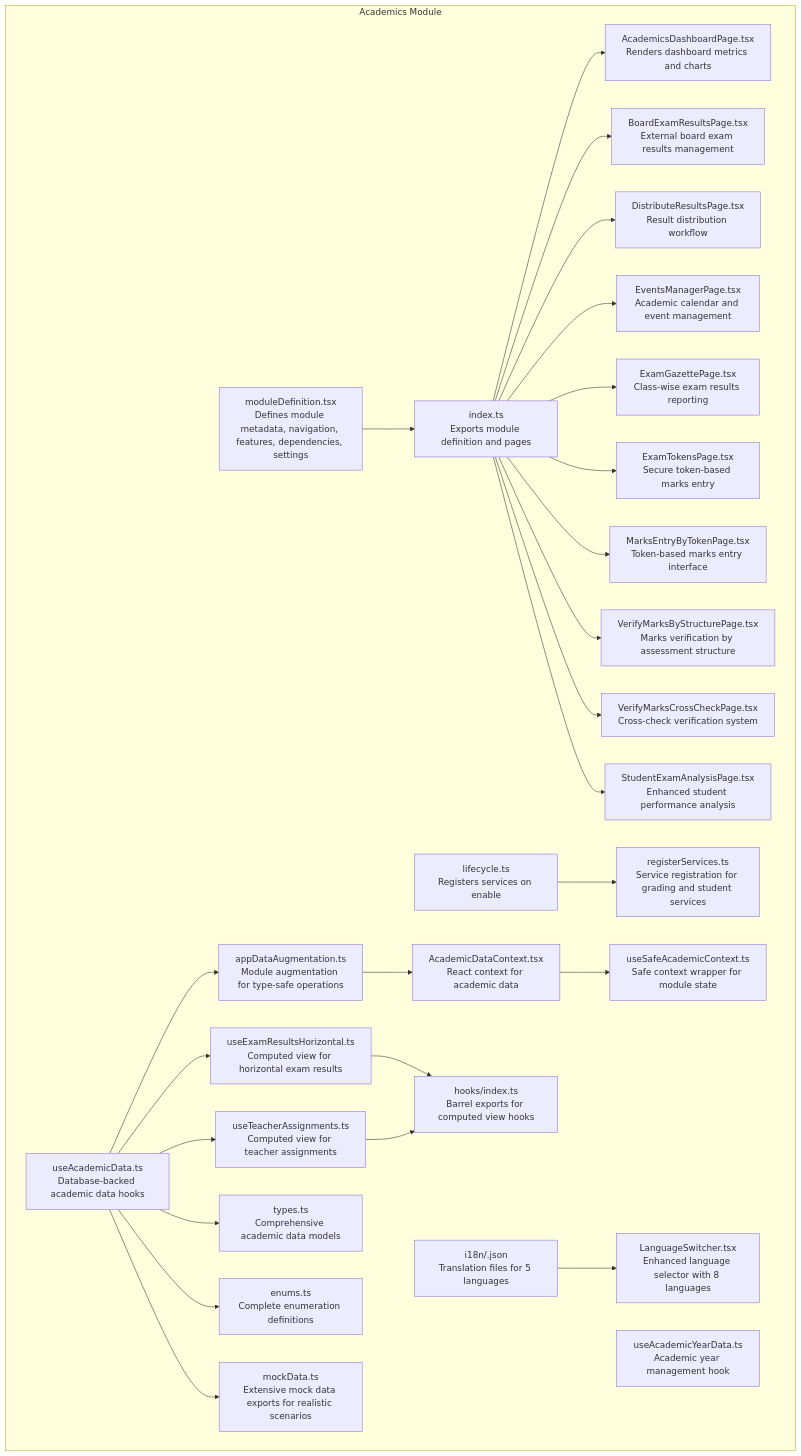
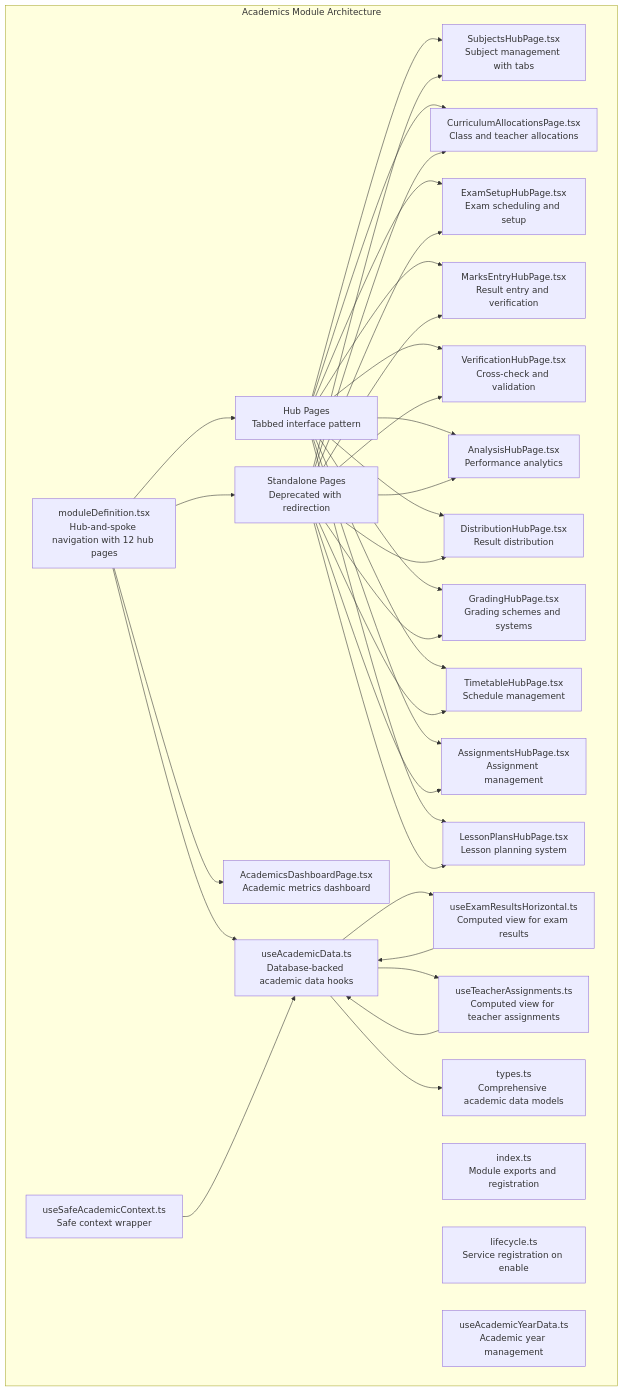
Before and after one commit to geniusdynamics/schoolpilot: the first of 9 diagrams in .qoder/repowiki/en/content/Modules System/Academics Module.md, drawn with Mermaid. The commit also changed other lines of this file and 311 other files, not shown here.

Commit message:
fix: resolve 8 navigation & hub alignment issues per spec

````diff
--- a/.qoder/repowiki/en/content/Modules System/Academics Module.md
+++ b/.qoder/repowiki/en/content/Modules System/Academics Module.md
@@ -94,55 +61,60 @@
 ```mermaid
 graph TB
-subgraph "Academics Module"
-MD["moduleDefinition.tsx<br/>Defines module metadata, navigation, features, dependencies, settings"]
-IDX["index.ts<br/>Exports module definition and pages"]
-LC["lifecycle.ts<br/>Registers services on enable"]
-DP["AcademicsDashboardPage.tsx<br/>Renders dashboard metrics and charts"]
-BEP["BoardExamResultsPage.tsx<br/>External board exam results management"]
-DRP["DistributeResultsPage.tsx<br/>Result distribution workflow"]
-EMP["EventsManagerPage.tsx<br/>Academic calendar and event management"]
-EGP["ExamGazettePage.tsx<br/>Class-wise exam results reporting"]
-ETP["ExamTokensPage.tsx<br/>Secure token-based marks entry"]
-MEBP["MarksEntryByTokenPage.tsx<br/>Token-based marks entry interface"]
-VMBS["VerifyMarksByStructurePage.tsx<br/>Marks verification by assessment structure"]
-VMCC["VerifyMarksCrossCheckPage.tsx<br/>Cross-check verification system"]
-SEA["StudentExamAnalysisPage.tsx<br/>Enhanced student performance analysis"]
+subgraph "Academics Module Architecture"
+MD["moduleDefinition.tsx<br/>Hub-and-spoke navigation with 12 hub pages"]
+IDX["index.ts<br/>Module exports and registration"]
+LC["lifecycle.ts<br/>Service registration on enable"]
+DP["AcademicsDashboardPage.tsx<br/>Academic metrics dashboard"]
+HP["Hub Pages<br/>Tabbed interface pattern"]
+SUB["SubjectsHubPage.tsx<br/>Subject management with tabs"]
+CUR["CurriculumAllocationsPage.tsx<br/>Class and teacher allocations"]
+EXS["ExamSetupHubPage.tsx<br/>Exam scheduling and setup"]
+MAR["MarksEntryHubPage.tsx<br/>Result entry and verification"]
+VER["VerificationHubPage.tsx<br/>Cross-check and validation"]
+ANA["AnalysisHubPage.tsx<br/>Performance analytics"]
+DIS["DistributionHubPage.tsx<br/>Result distribution"]
+GRA["GradingHubPage.tsx<br/>Grading schemes and systems"]
+TIM["TimetableHubPage.tsx<br/>Schedule management"]
+ASS["AssignmentsHubPage.tsx<br/>Assignment management"]
+LPN["LessonPlansHubPage.tsx<br/>Lesson planning system"]
+SP["Standalone Pages<br/>Deprecated with redirection"]
 DATA["useAcademicData.ts<br/>Database-backed academic data hooks"]
-AAUG["appDataAugmentation.ts<br/>Module augmentation for type-safe operations"]
-CONTEXT["AcademicDataContext.tsx<br/>React context for academic data"]
-SERVICES["registerServices.ts<br/>Service registration for grading and student services"]
-CVH["useExamResultsHorizontal.ts<br/>Computed view for horizontal exam results"]
+CVH["useExamResultsHorizontal.ts<br/>Computed view for exam results"]
 CTA["useTeacherAssignments.ts<br/>Computed view for teacher assignments"]
-HOOKS["hooks/index.ts<br/>Barrel exports for computed view hooks"]
 TYPES["types.ts<br/>Comprehensive academic data models"]
-ENUMS["enums.ts<br/>Complete enumeration definitions"]
-SAFE["useSafeAcademicContext.ts<br/>Safe context wrapper for module state"]
-AY["useAcademicYearData.ts<br/>Academic year management hook"]
-MOCK["mockData.ts<br/>Extensive mock data exports for realistic scenarios"]
-I18N["i18n/<locale>.json<br/>Translation files for 5 languages"]
-LS["LanguageSwitcher.tsx<br/>Enhanced language selector with 8 languages"]
+SAFE["useSafeAcademicContext.ts<br/>Safe context wrapper"]
+AY["useAcademicYearData.ts<br/>Academic year management"]
 end
-MD --> IDX
-IDX --> DP
-IDX --> BEP
-IDX --> DRP
-IDX --> EMP
-IDX --> EGP
-IDX --> ETP
-IDX --> MEBP
-IDX --> VMBS
-IDX --> VMCC
-IDX --> SEA
-LC --> SERVICES
-DATA --> AAUG
+MD --> HP
+HP --> SUB
+HP --> CUR
+HP --> EXS
+HP --> MAR
+HP --> VER
+HP --> ANA
+HP --> DIS
+HP --> GRA
+HP --> TIM
+HP --> ASS
+HP --> LPN
+MD --> SP
+SP --> SUB
+SP --> CUR
+SP --> EXS
+SP --> MAR
+SP --> VER
+SP --> ANA
+SP --> DIS
+SP --> GRA
+SP --> TIM
+SP --> ASS
+SP --> LPN
+MD --> DP
+MD --> DATA
 DATA --> CVH
 DATA --> CTA
 DATA --> TYPES
-DATA --> ENUMS
-DATA --> MOCK
-AAUG --> CONTEXT
-CONTEXT --> SAFE
-CVH --> HOOKS
-CTA --> HOOKS
-I18N --> LS
+SAFE --> DATA
+CVH --> DATA
+CTA --> DATA
 ```
````
